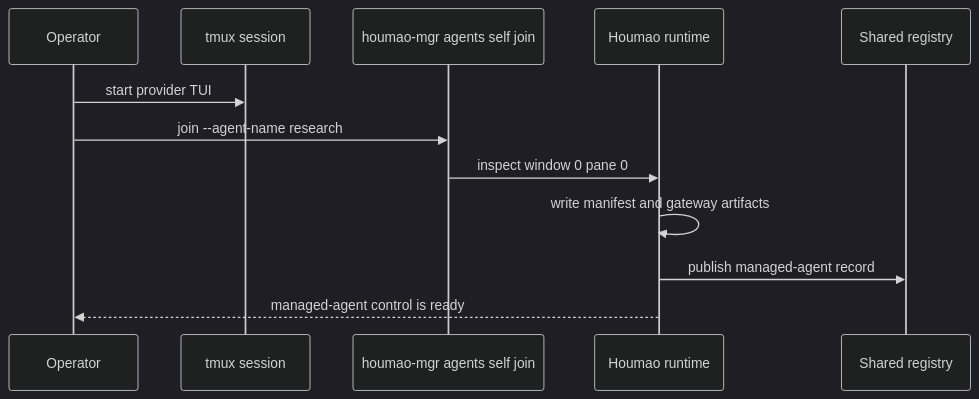
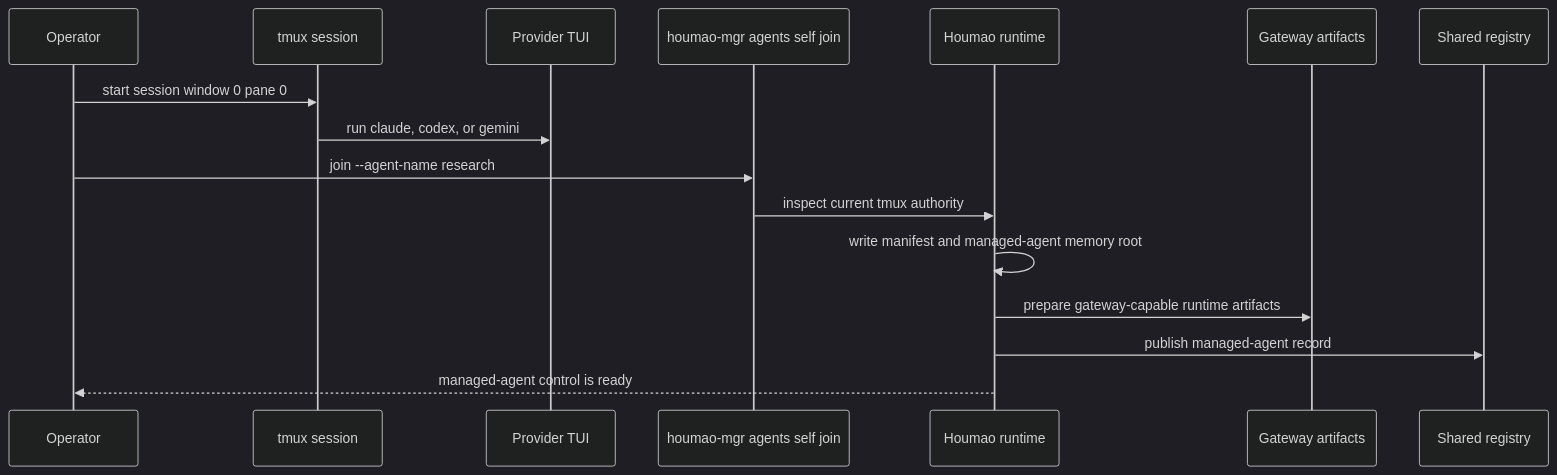
The diagram in docs/getting-started/quickstart.md (igamenovoer/houmao), drawn with Mermaid (dark theme) before and after one commit. The commit also changed other lines of this file and 7 other files, not shown here.

````diff
--- a/docs/getting-started/quickstart.md
+++ b/docs/getting-started/quickstart.md
@@ -43,14 +193,18 @@
 ```mermaid
 sequenceDiagram
     participant Op as Operator
     participant Tmux as tmux session
+    participant Provider as Provider TUI
     participant CLI as houmao-mgr agents self join
     participant RT as Houmao runtime
+    participant Gateway as Gateway artifacts
     participant Reg as Shared registry
-    Op->>Tmux: start provider TUI
+    Op->>Tmux: start session window 0 pane 0
+    Tmux->>Provider: run claude, codex, or gemini
     Op->>CLI: join --agent-name research
-    CLI->>RT: inspect window 0 pane 0
-    RT->>RT: write manifest and gateway artifacts
+    CLI->>RT: inspect current tmux authority
+    RT->>RT: write manifest and managed-agent memory root
+    RT->>Gateway: prepare gateway-capable runtime artifacts
     RT->>Reg: publish managed-agent record
     RT-->>Op: managed-agent control is ready
 ```
````
